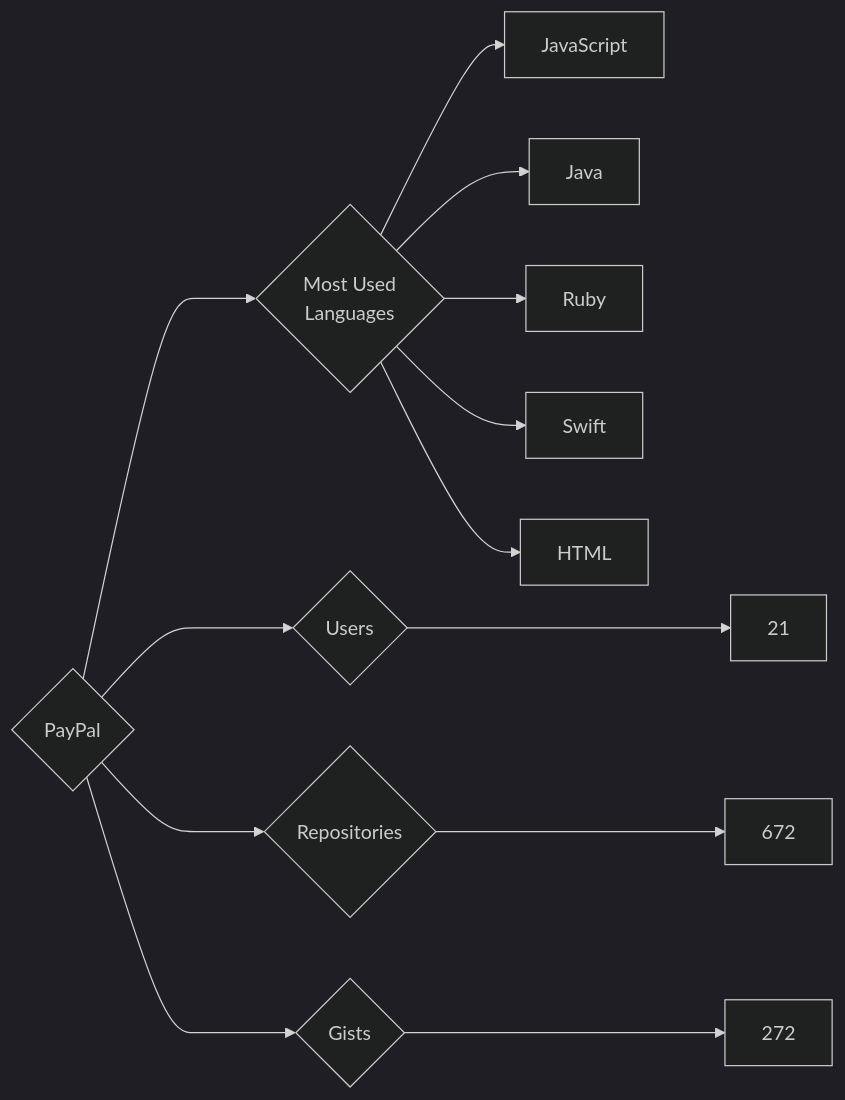
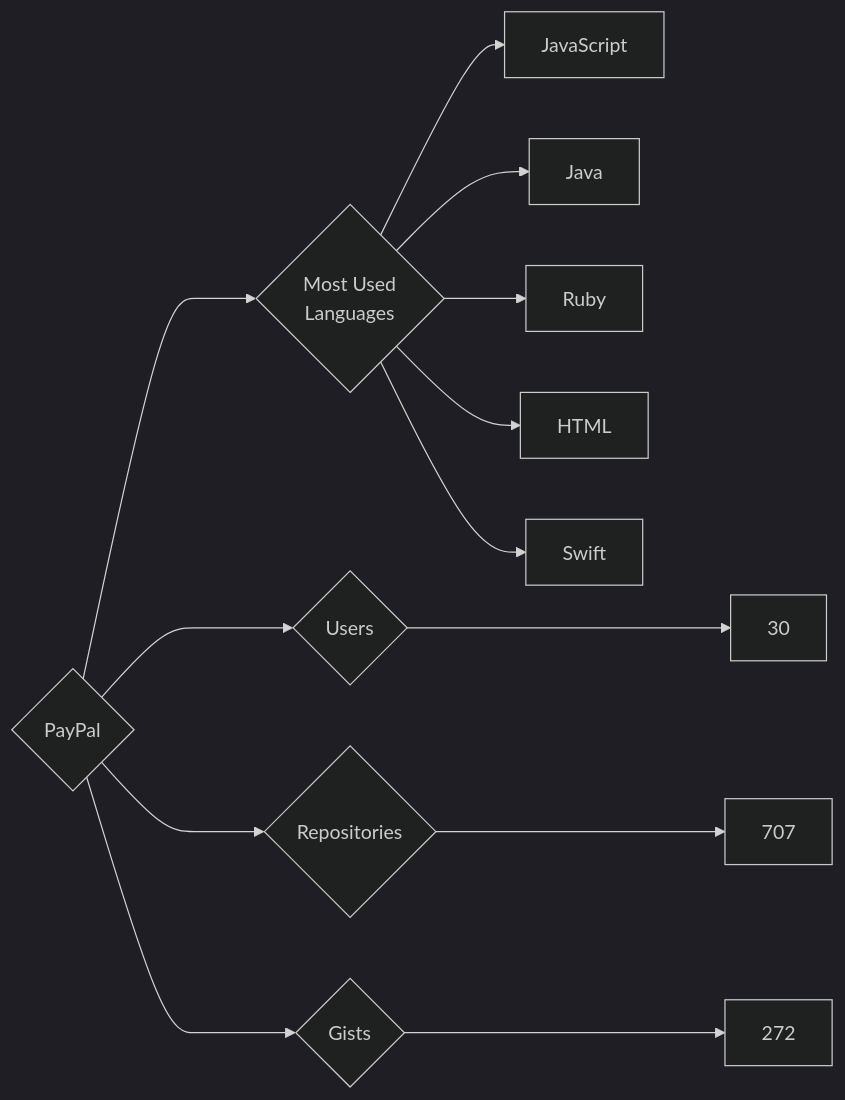
The diagram in targets/PayPal/README.md (trickest/insiders), drawn with Mermaid (dark theme) before and after one commit. The commit also changed 681 other files, not shown here.

````diff
--- a/targets/PayPal/README.md
+++ b/targets/PayPal/README.md
@@ -3,13 +3,13 @@
 ```mermaid
 graph LR
 COMPANY_NAME{PayPal}
-COMPANY_NAME ---> U{Users} ---> UN[21]
-COMPANY_NAME ---> R{Repositories} ---> RN[672]
+COMPANY_NAME ---> U{Users} ---> UN[30]
+COMPANY_NAME ---> R{Repositories} ---> RN[707]
 COMPANY_NAME ---> G{Gists} ---> GN[272]
 COMPANY_NAME ---> ML{Most Used<br>Languages}
 ML --> JavaScript[JavaScript]
 ML --> Java[Java]
 ML --> Ruby[Ruby]
+ML --> HTML[HTML]
 ML --> Swift[Swift]
-ML --> HTML[HTML]
 ```
````
